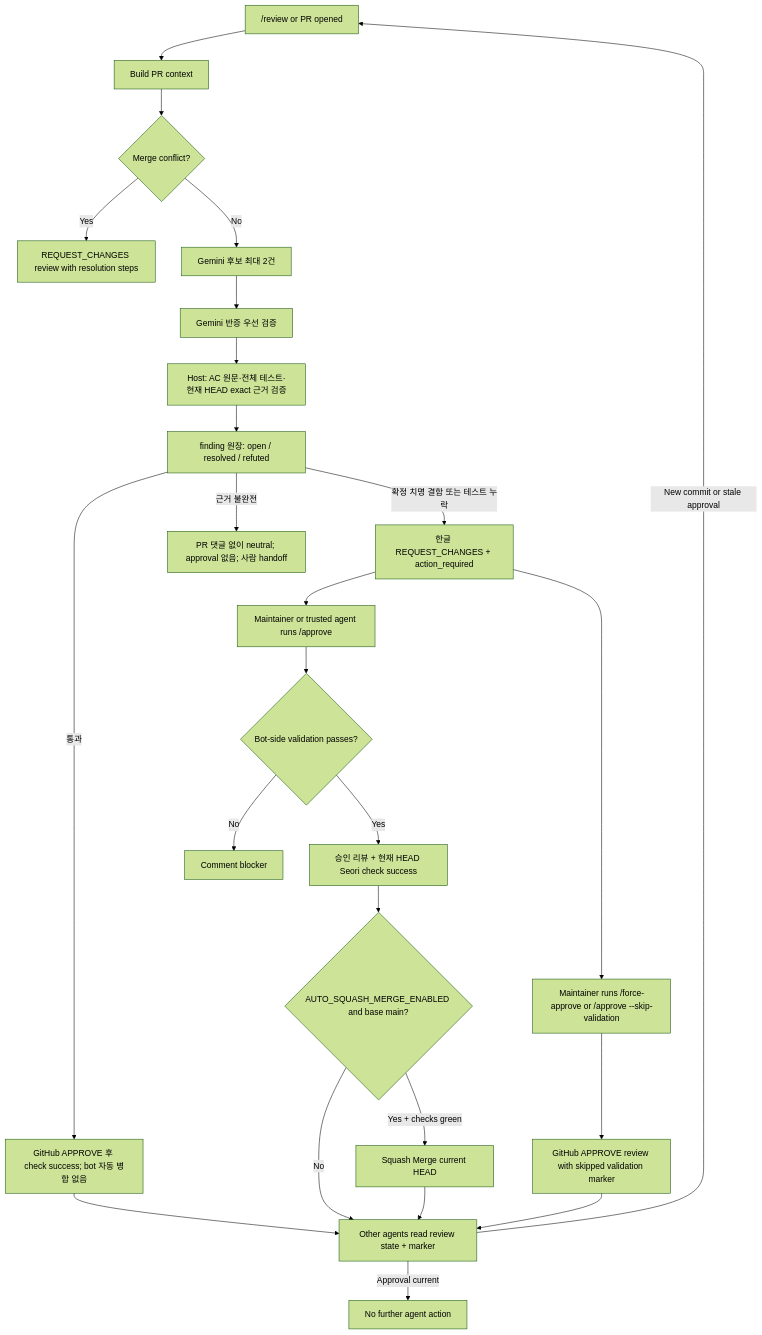
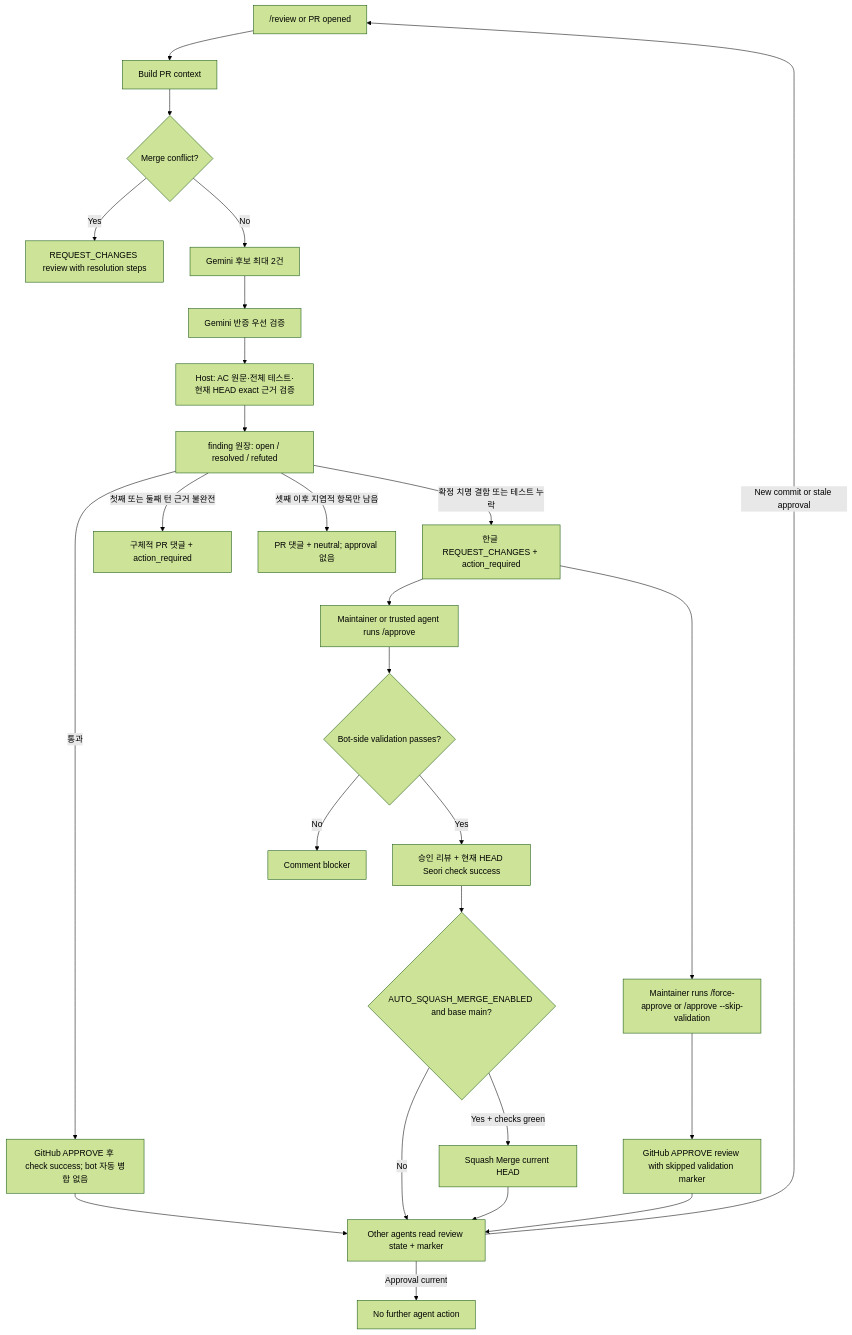
One commit to seorilabs/gemini-pr-bot changed the second of 4 diagrams in README.md. Above: the diagram before and after it, drawn with Mermaid (forest theme). The commit also changed other lines of this file and 14 other files, not shown here.

````diff
--- a/README.md
+++ b/README.md
@@ -91,27 +92,28 @@
 ```mermaid
 flowchart TD
   Review["/review or PR opened"] --> Context["Build PR context"]
   Context --> Conflict{"Merge conflict?"}
   Conflict -->|Yes| RequestChanges["REQUEST_CHANGES review with resolution steps"]
   Conflict -->|No| Candidate["Gemini 후보 최대 2건"]
   Candidate --> Verifier["Gemini 반증 우선 검증"]
   Verifier --> Host["Host: AC 원문·전체 테스트·현재 HEAD exact 근거 검증"]
   Host --> Ledger["finding 원장: open / resolved / refuted"]
   Ledger -->|"확정 치명 결함 또는 테스트 누락"| Output["한글 REQUEST_CHANGES + action_required"]
-  Ledger -->|"근거 불완전"| Neutral["PR 댓글 없이 neutral; approval 없음; 사람 handoff"]
+  Ledger -->|"첫째 또는 둘째 턴 근거 불완전"| FollowUp["구체적 PR 댓글 + action_required"]
+  Ledger -->|"셋째 이후 지엽적 항목만 남음"| Neutral["PR 댓글 + neutral; approval 없음"]
   Ledger -->|통과| GateApproval["GitHub APPROVE 후 check success; bot 자동 병합 없음"]
   Output --> Approve["Maintainer or trusted agent runs /approve"]
   Approve --> Validation{"Bot-side validation passes?"}
   Validation -->|Yes| Approval["승인 리뷰 + 현재 HEAD Seori check success"]
   Validation -->|No| Block["Comment blocker"]
   Output --> ForceApprove["Maintainer runs /force-approve or /approve --skip-validation"]
   ForceApprove --> ForceApproval["GitHub APPROVE review with skipped validation marker"]
   GateApproval --> Agent
   Approval --> AutoMerge{"AUTO_SQUASH_MERGE_ENABLED and base main?"}
   AutoMerge -->|Yes + checks green| Squash["Squash Merge current HEAD"]
   AutoMerge -->|No| Agent
   Squash --> Agent
   ForceApproval --> Agent["Other agents read review state + marker"]
   Agent -->|Approval current| Stop["No further agent action"]
   Agent -->|New commit or stale approval| Review
 ```
````
